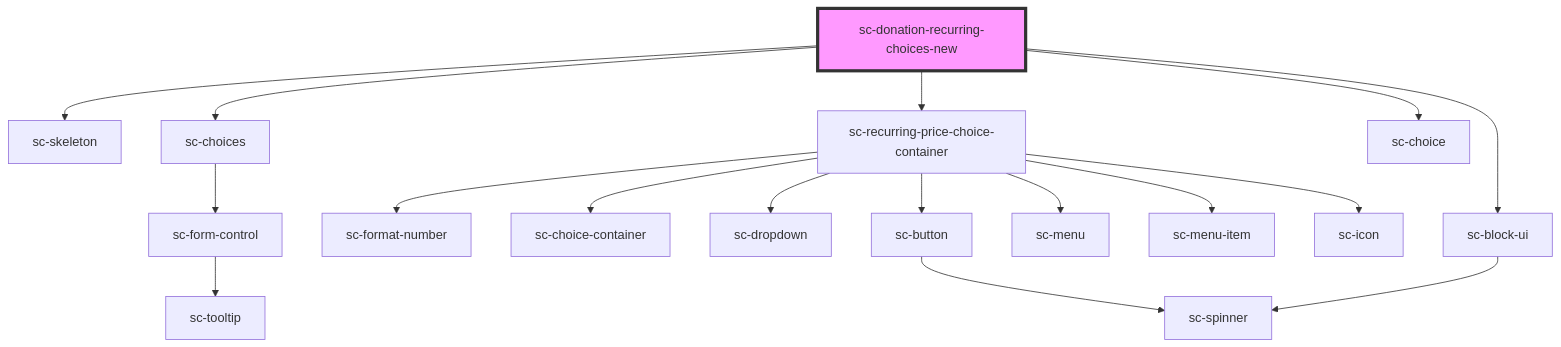
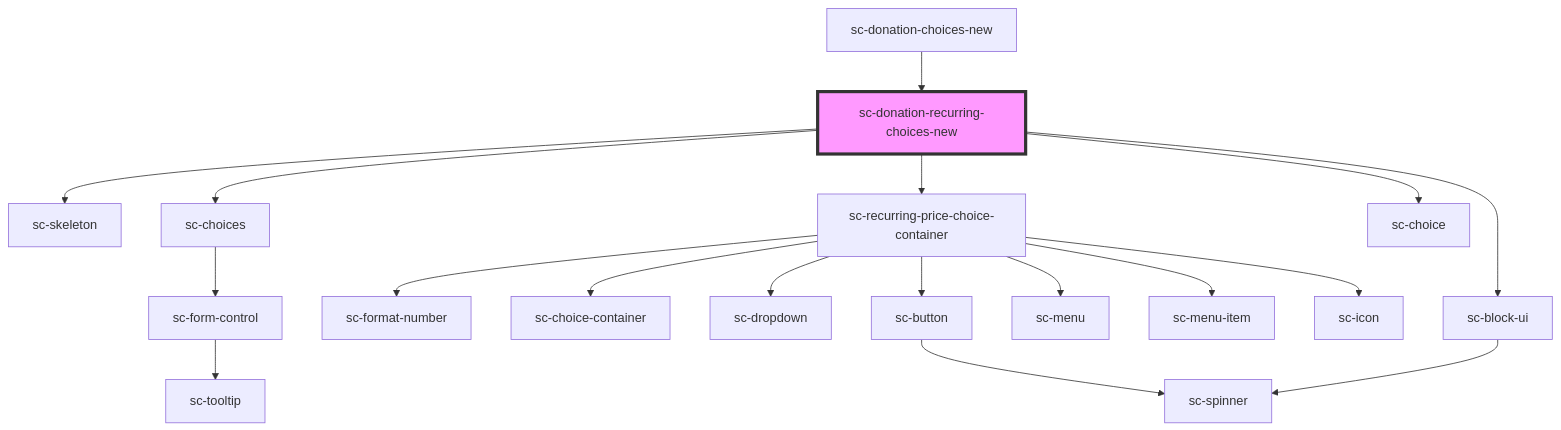
The diagram in packages/components/src/components/controllers/checkout-form/donation-recurring-choices-new/readme.md (surecart/surecart-wp-plugin), drawn with Mermaid before and after one commit. The commit also changed other lines of this file and 11 other files, not shown here.

````diff
--- a/packages/components/src/components/controllers/checkout-form/donation-recurring-choices-new/readme.md
+++ b/packages/components/src/components/controllers/checkout-form/donation-recurring-choices-new/readme.md
@@ -58,20 +44,21 @@
 ```mermaid
 graph TD;
   sc-donation-recurring-choices-new --> sc-skeleton
   sc-donation-recurring-choices-new --> sc-choices
   sc-donation-recurring-choices-new --> sc-recurring-price-choice-container
   sc-donation-recurring-choices-new --> sc-choice
   sc-donation-recurring-choices-new --> sc-block-ui
   sc-choices --> sc-form-control
   sc-form-control --> sc-tooltip
   sc-recurring-price-choice-container --> sc-format-number
   sc-recurring-price-choice-container --> sc-choice-container
   sc-recurring-price-choice-container --> sc-dropdown
   sc-recurring-price-choice-container --> sc-button
   sc-recurring-price-choice-container --> sc-menu
   sc-recurring-price-choice-container --> sc-menu-item
   sc-recurring-price-choice-container --> sc-icon
   sc-button --> sc-spinner
   sc-block-ui --> sc-spinner
+  sc-donation-choices-new --> sc-donation-recurring-choices-new
   style sc-donation-recurring-choices-new fill:#f9f,stroke:#333,stroke-width:4px
 ```
````
